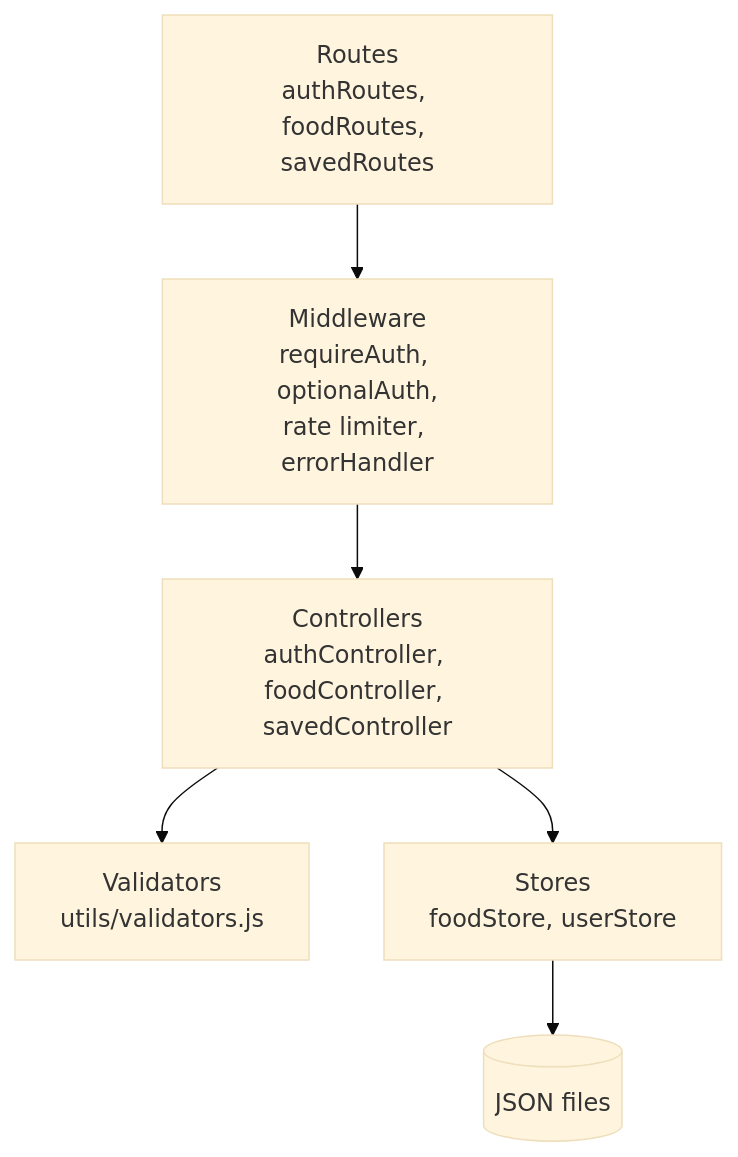
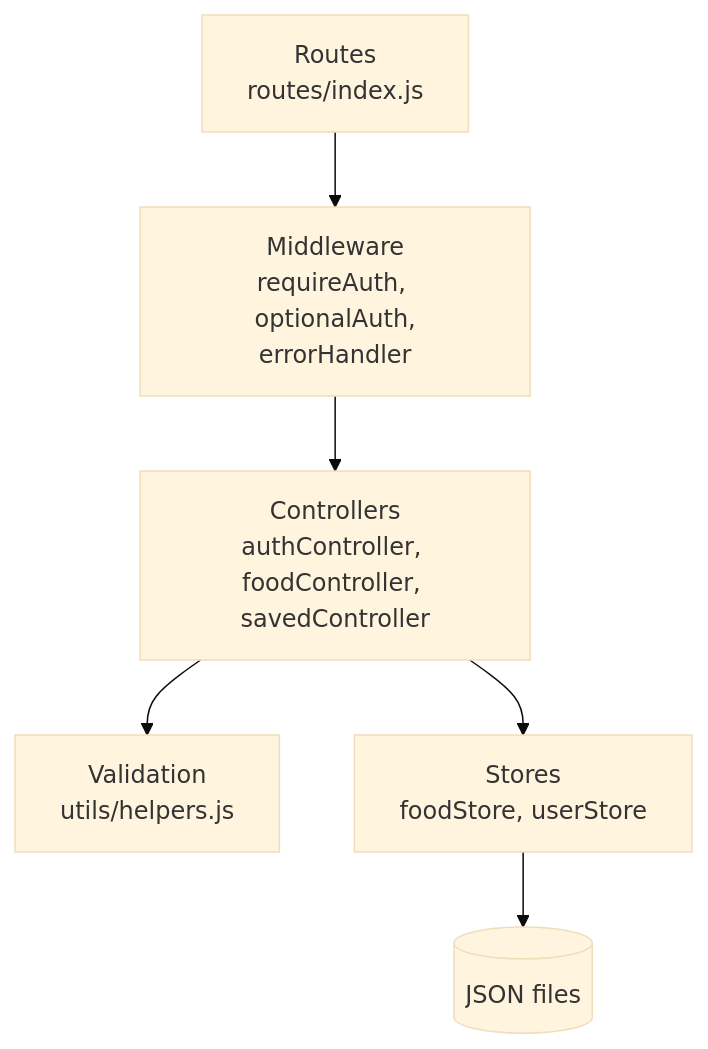
The second of 6 diagrams in PROJECT_STATUS.md (sheershh/ShelfLife), drawn with Mermaid (base theme) before and after one commit. The commit also changed other lines of this file and 21 other files, not shown here.

First line of the commit message:
Merge routes and utils into single files, remove test suite

````diff
--- a/PROJECT_STATUS.md
+++ b/PROJECT_STATUS.md
@@ -71,8 +70,8 @@
 ```mermaid
 flowchart TB
-    R["Routes<br/>authRoutes, foodRoutes, savedRoutes"] --> M["Middleware<br/>requireAuth, optionalAuth,<br/>rate limiter, errorHandler"]
+    R["Routes<br/>routes/index.js"] --> M["Middleware<br/>requireAuth, optionalAuth,<br/>errorHandler"]
     M --> C["Controllers<br/>authController, foodController, savedController"]
-    C --> V["Validators<br/>utils/validators.js"]
+    C --> V["Validation<br/>utils/helpers.js"]
     C --> S["Stores<br/>foodStore, userStore"]
     S --> D[("JSON files")]
 ```
````
